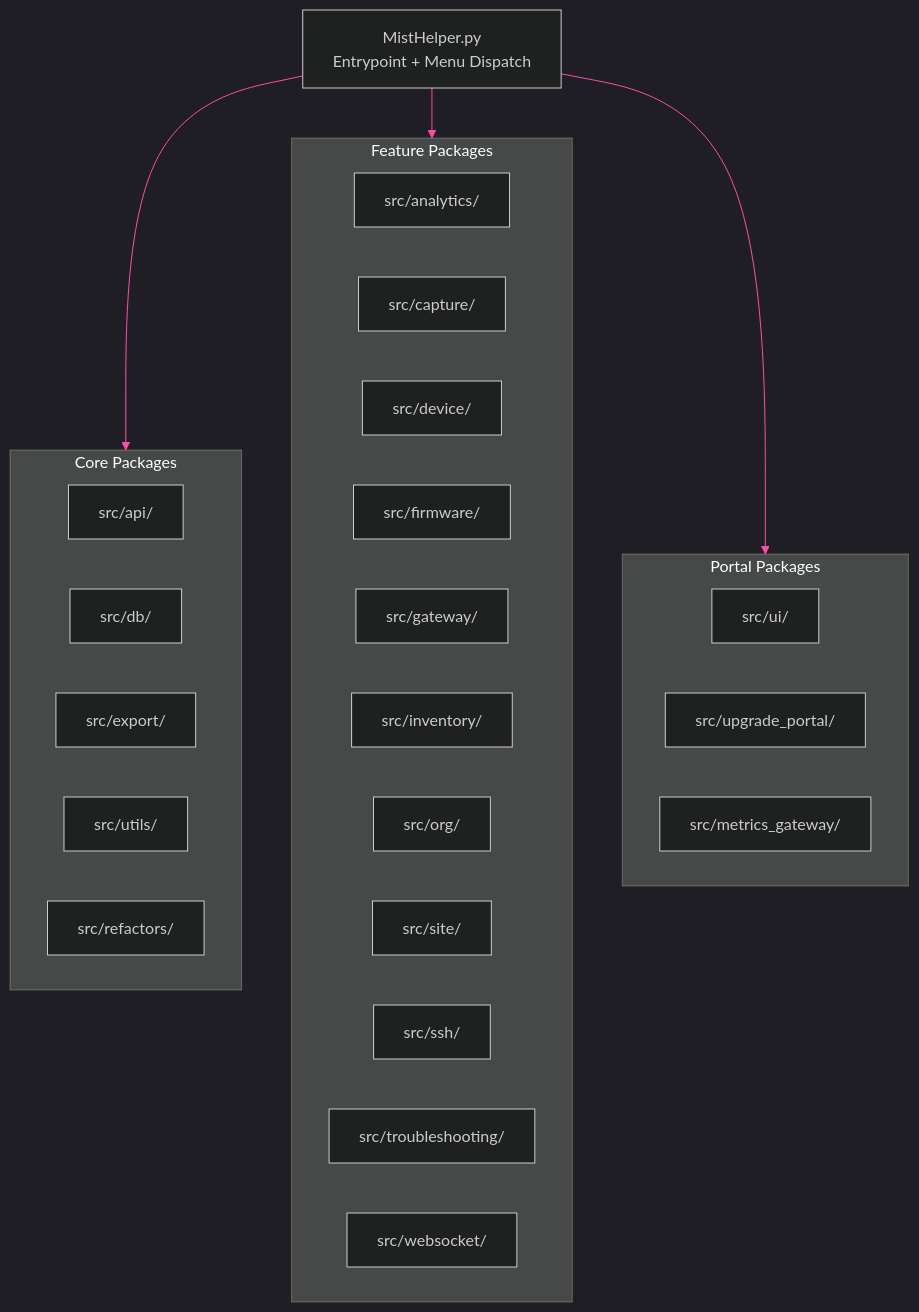
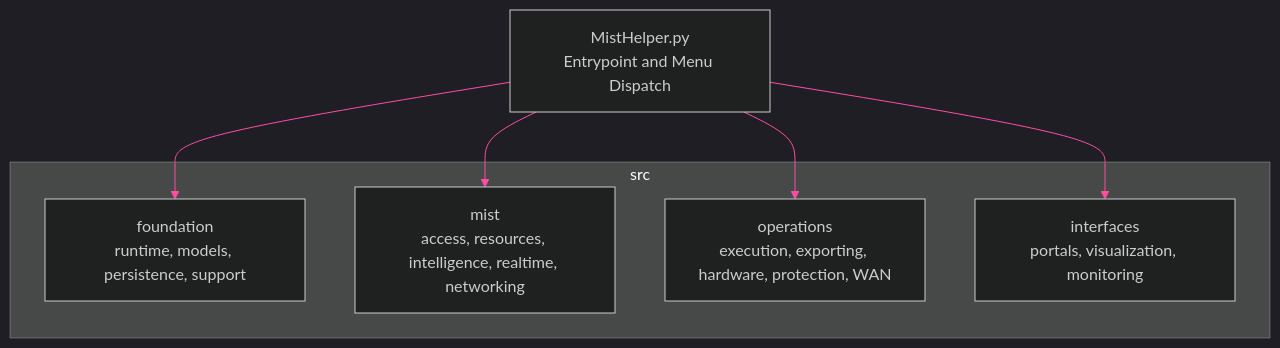
One commit to jmorrison-juniper/MistHelper changed the third of 3 diagrams in documentation/diagrams/core/architecture-overview.md. Above: the diagram before and after it, drawn with Mermaid. The commit also changed other lines of this file and 3257 other files, not shown here.

First line of the commit message:
refactor(src): group domain packages

````diff
--- a/documentation/diagrams/core/architecture-overview.md
+++ b/documentation/diagrams/core/architecture-overview.md
@@ -107,45 +107,25 @@
 ```mermaid
 %%{init: {'theme': 'dark', 'themeVariables': {
   'primaryColor': '#E20074',
   'primaryTextColor': '#E0E0E0',
   'primaryBorderColor': '#99004D',
   'lineColor': '#FF4DA6',
   'secondaryColor': '#16213E',
   'tertiaryColor': '#1A1A2E',
   'fontFamily': 'ui-monospace, monospace'
 }}}%%
 flowchart TD
-    entrypoint["MistHelper.py<br/>Entrypoint + Menu Dispatch"]
+    entrypoint["MistHelper.py<br/>Entrypoint and Menu Dispatch"]
 
-    subgraph core["Core Packages"]
-        api["src/api/"]
-        db_pkg["src/db/"]
-        export_pkg["src/export/"]
-        utils["src/utils/"]
-        refactors["src/refactors/"]
+    subgraph source["src"]
+        foundation["foundation<br/>runtime, models, persistence, support"]
+        mist["mist<br/>access, resources, intelligence, realtime, networking"]
+        operations["operations<br/>execution, exporting, hardware, protection, WAN"]
+        interfaces["interfaces<br/>portals, visualization, monitoring"]
     end
 
-    subgraph features["Feature Packages"]
-        analytics["src/analytics/"]
-        capture["src/capture/"]
-        device["src/device/"]
-        firmware["src/firmware/"]
-        gateway["src/gateway/"]
-        inventory["src/inventory/"]
-        org_pkg["src/org/"]
-        site["src/site/"]
-        ssh_pkg["src/ssh/"]
-        troubleshooting["src/troubleshooting/"]
-        websocket["src/websocket/"]
-    end
-
-    subgraph portals["Portal Packages"]
-        ui["src/ui/"]
-        upgrade_portal["src/upgrade_portal/"]
-        metrics_gateway["src/metrics_gateway/"]
-    end
-
-    entrypoint --> core
-    entrypoint --> features
-    entrypoint --> portals
+    entrypoint --> foundation
+    entrypoint --> mist
+    entrypoint --> operations
+    entrypoint --> interfaces
 ```
````
